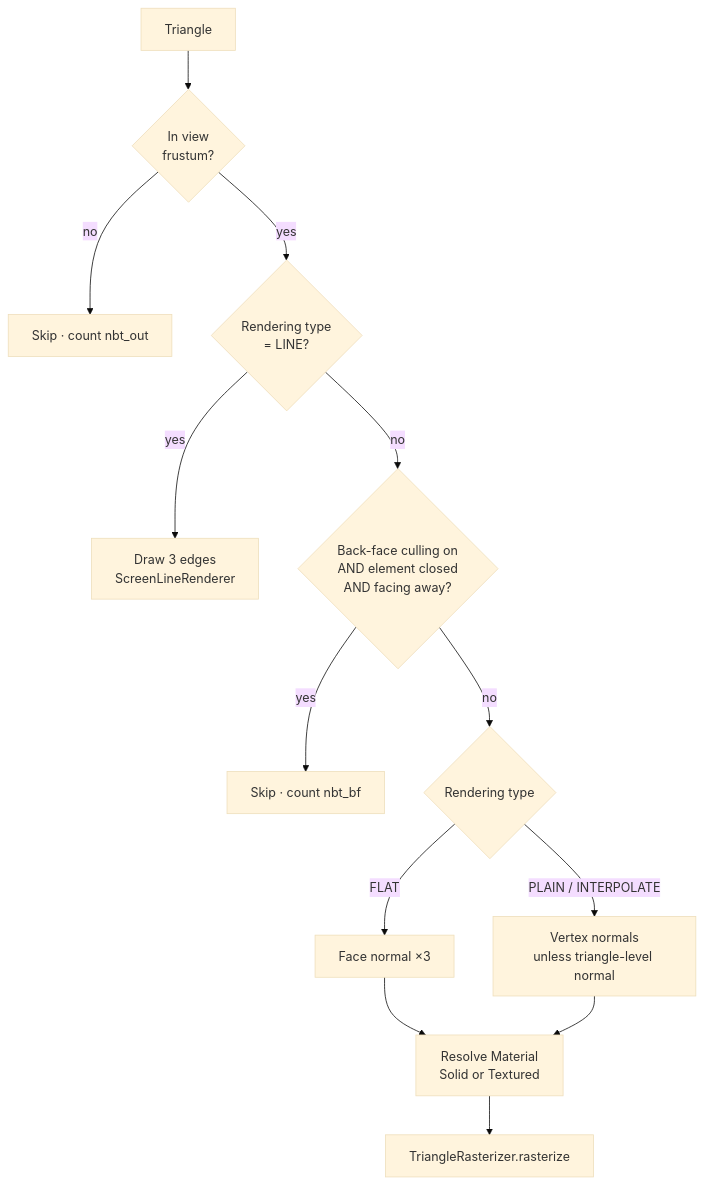
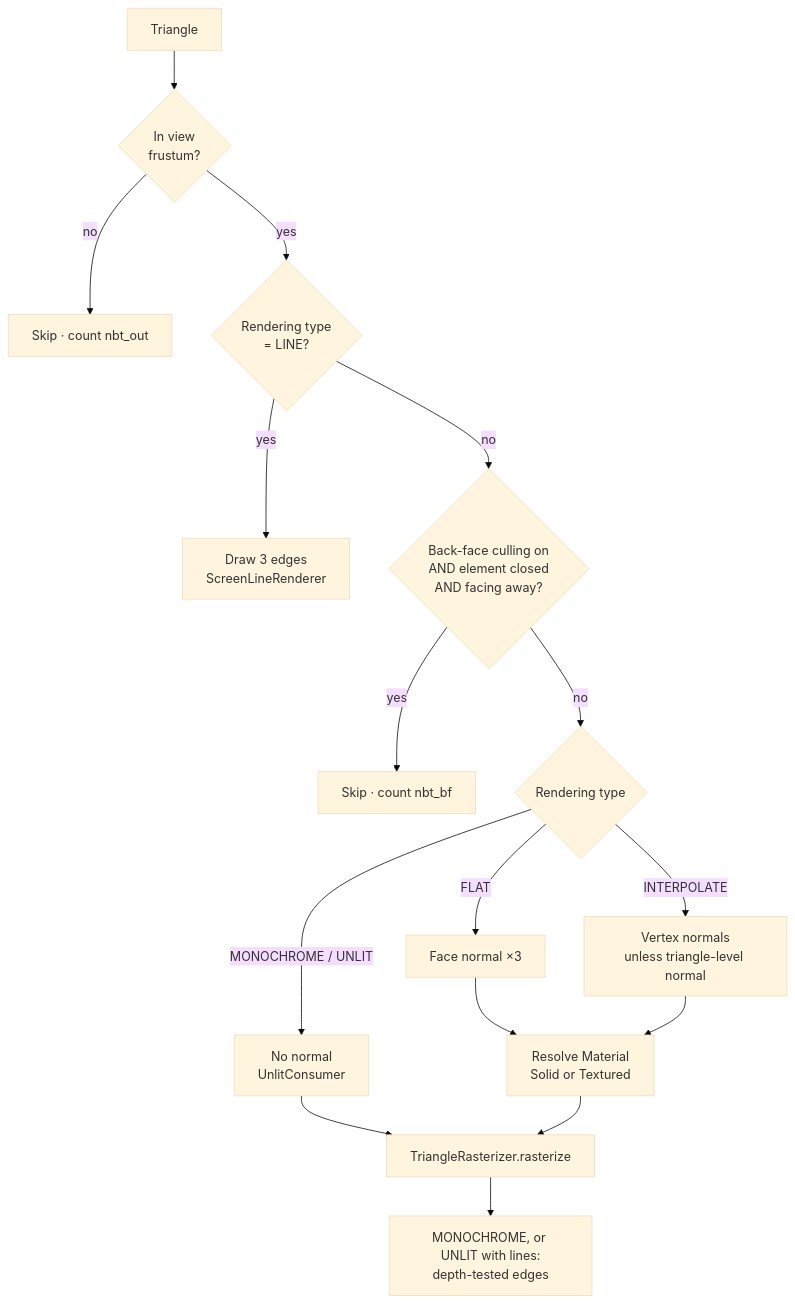
One commit to obarry/Aventura changed the ninth of 20 diagrams in docs/DESIGN.md. Above: the diagram before and after it, drawn with Mermaid (base theme). The commit also changed other lines of this file and 22 other files, not shown here.

````diff
--- a/docs/DESIGN.md
+++ b/docs/DESIGN.md
@@ -309,15 +309,18 @@
 ```mermaid
 flowchart TD
     T[Triangle] --> Q1{In view<br/>frustum?}
     Q1 -- no --> OUT[Skip · count nbt_out]
     Q1 -- yes --> Q2{Rendering type<br/>= LINE?}
     Q2 -- yes --> WF[Draw 3 edges<br/>ScreenLineRenderer]
     Q2 -- no --> Q3{Back-face culling on<br/>AND element closed<br/>AND facing away?}
     Q3 -- yes --> BF[Skip · count nbt_bf]
     Q3 -- no --> Q4{Rendering type}
+    Q4 -- MONOCHROME / UNLIT --> U1[No normal<br/>UnlitConsumer]
     Q4 -- FLAT --> N1[Face normal ×3]
-    Q4 -- PLAIN / INTERPOLATE --> N2[Vertex normals<br/>unless triangle-level normal]
+    Q4 -- INTERPOLATE --> N2[Vertex normals<br/>unless triangle-level normal]
     N1 --> MAT[Resolve Material<br/>Solid or Textured]
     N2 --> MAT
+    U1 --> RAST
     MAT --> RAST[TriangleRasterizer.rasterize]
+    RAST --> EDG[MONOCHROME, or UNLIT with lines:<br/>depth-tested edges]
 ```
````
